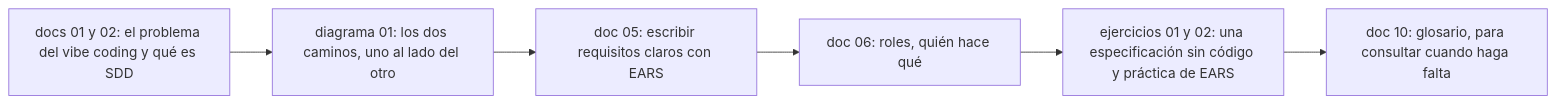
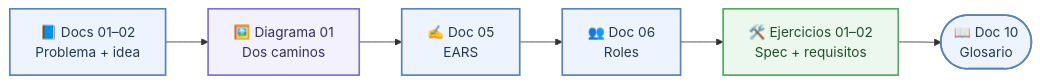
One commit to antroc/charla-sdd changed the third of 5 diagrams in diagramas/06-mapa-del-repositorio.md. Above: the diagram before and after it, drawn with Mermaid. The commit also changed other lines of this file and 5 other files, not shown here.

Commit message:
Mejorar visualmente los diagramas Mermaid

````diff
--- a/diagramas/06-mapa-del-repositorio.md
+++ b/diagramas/06-mapa-del-repositorio.md
@@ -91,8 +108,15 @@
 ```mermaid
 flowchart LR
-  a["docs 01 y 02: el problema del vibe coding y qué es SDD"] --> b["diagrama 01: los dos caminos, uno al lado del otro"]
-  b --> c["doc 05: escribir requisitos claros con EARS"]
-  c --> d["doc 06: roles, quién hace qué"]
-  d --> e["ejercicios 01 y 02: una especificación sin código y práctica de EARS"]
-  e --> f["doc 10: glosario, para consultar cuando haga falta"]
+  a["📘 Docs 01–02<br/>Problema + idea"] --> b["🖼️ Diagrama 01<br/>Dos caminos"]
+  b --> c["✍️ Doc 05<br/>EARS"]
+  c --> d["👥 Doc 06<br/>Roles"]
+  d --> e["🛠️ Ejercicios 01–02<br/>Spec + requisitos"]
+  e --> f(["📖 Doc 10<br/>Glosario"])
+
+  classDef read fill:#EEF4FF,stroke:#5D83B3,stroke-width:2px,color:#203A59;
+  classDef visual fill:#F4F1FF,stroke:#8172C9,stroke-width:2px,color:#352D65;
+  classDef practice fill:#ECF8EE,stroke:#55A868,stroke-width:2px,color:#214F2A;
+  class b visual;
+  class a,c,d,f read;
+  class e practice;
 ```
````
